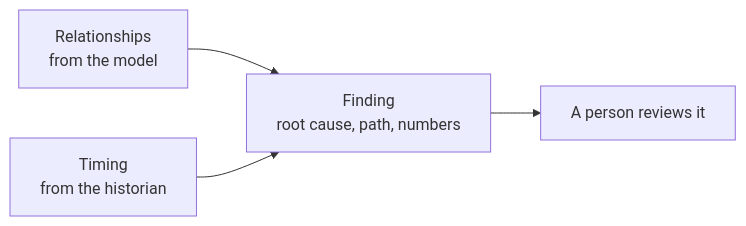
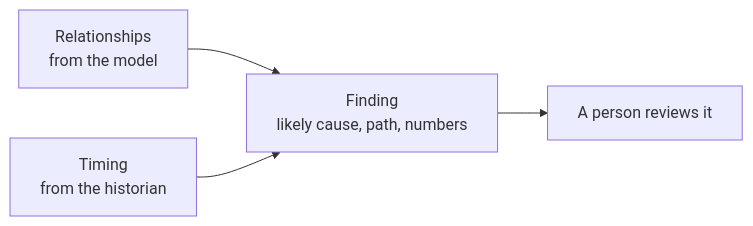
Before and after one commit to cloudracer-ca/intelligent-water-modelling: the second of 2 diagrams in docs/optional/an-incident-followed-through.md, drawn with Mermaid. The commit also changed other lines of this file and 15 other files, not shown here.

````diff
--- a/docs/optional/an-incident-followed-through.md
+++ b/docs/optional/an-incident-followed-through.md
@@ -42,6 +42,6 @@
 ```mermaid
 flowchart LR
-  R["Relationships<br/>from the model"] --> F["Finding<br/>root cause, path, numbers"]
+  R["Relationships<br/>from the model"] --> F["Finding<br/>likely cause, path, numbers"]
   T["Timing<br/>from the historian"] --> F
   F --> P["A person reviews it"]
 ```
````
